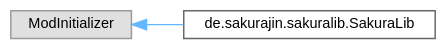
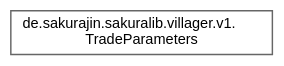
The diagram in inherit_graph_21.dot (noah1510/sakura-lib), drawn with Graphviz before and after one commit. The commit also changed 146 other files, not shown here.

Commit message:
Deploying to gh-pages from @ noah1510/sakura-lib@ae7c66126e6678f77cde34291efc3493e7414a96 🚀

```diff
--- a/inherit_graph_21.dot
+++ b/inherit_graph_21.dot
@@ -1,11 +1,9 @@
 digraph "Graphical Class Hierarchy"
 {
  // LATEX_PDF_SIZE
   bgcolor="transparent";
   edge [fontname=Helvetica,fontsize=10,labelfontname=Helvetica,labelfontsize=10];
   node [fontname=Helvetica,fontsize=10,shape=box,height=0.2,width=0.4];
   rankdir="LR";
-  Node0 [label="ModInitializer",height=0.2,width=0.4,color="grey60", fillcolor="#E0E0E0", style="filled",tooltip=" "];
-  Node0 -> Node1 [dir="back",color="steelblue1",style="solid"];
-  Node1 [label="de.sakurajin.sakuralib.SakuraLib",height=0.2,width=0.4,color="grey40", fillcolor="white", style="filled",URL="$classde_1_1sakurajin_1_1sakuralib_1_1SakuraLib.html",tooltip=" "];
+  Node0 [label="de.sakurajin.sakuralib.villager.v1.\lTradeParameters",height=0.2,width=0.4,color="grey40", fillcolor="white", style="filled",URL="$classde_1_1sakurajin_1_1sakuralib_1_1villager_1_1v1_1_1TradeParameters.html",tooltip="A class to represent the parameters for an individual trade."];
 }
```
